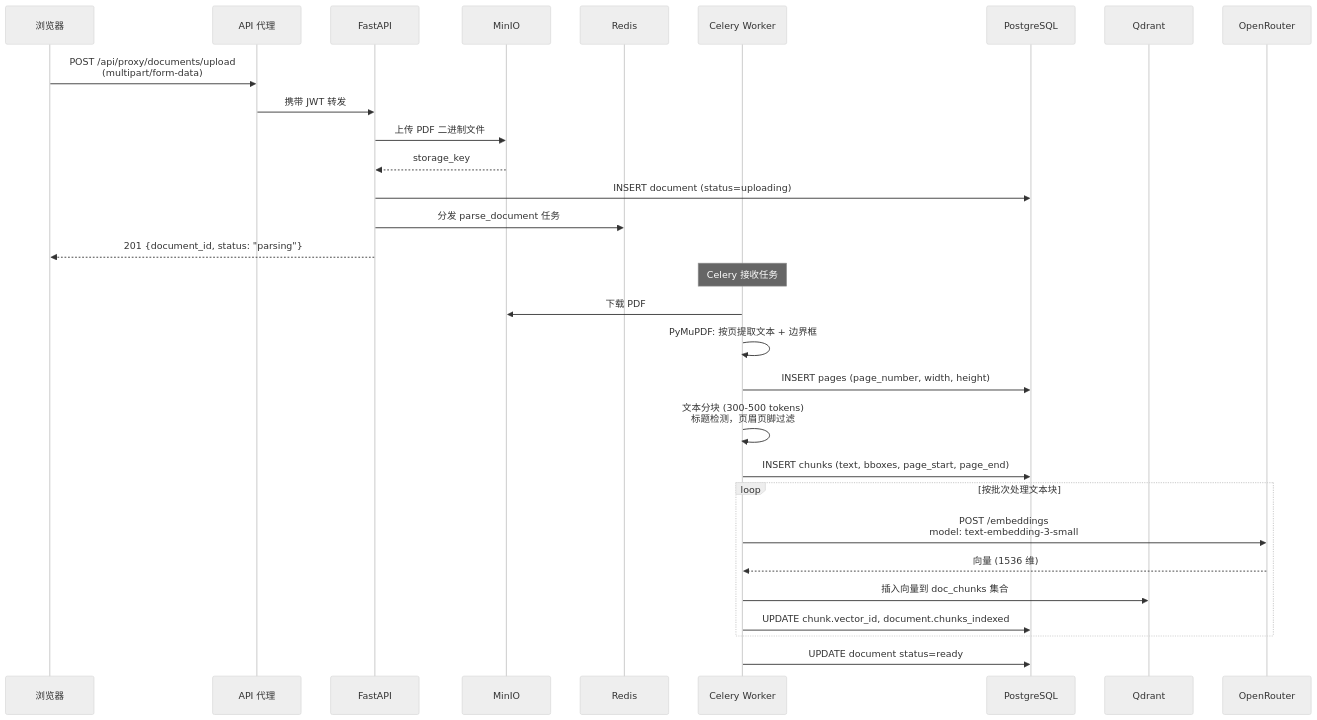
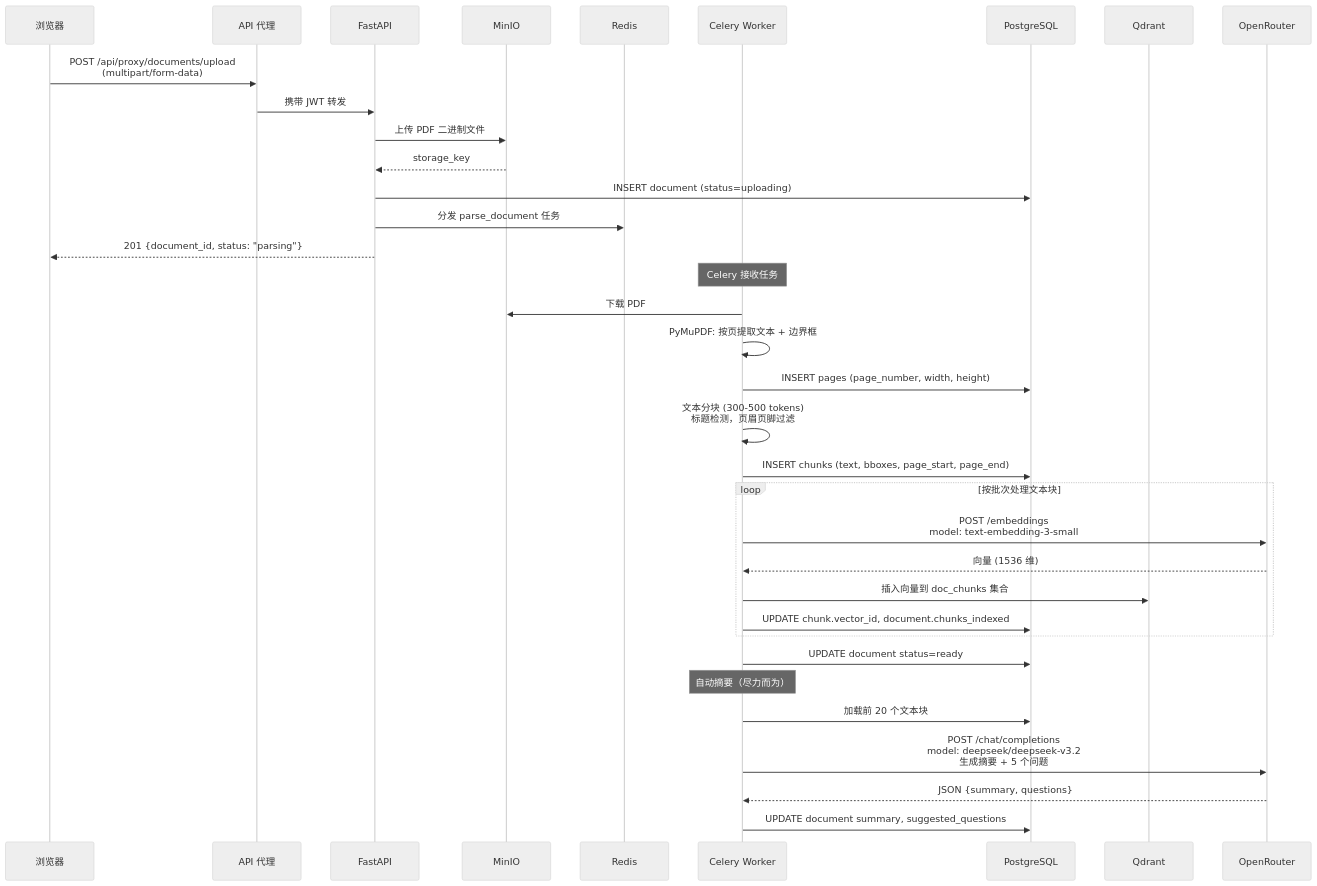
Before and after one commit to Rswcf/DocTalk: the second of 8 diagrams in docs/ARCHITECTURE.zh.md, drawn with Mermaid (neutral theme). The commit also changed other lines of this file and 4 other files, not shown here.

````diff
--- a/docs/ARCHITECTURE.zh.md
+++ b/docs/ARCHITECTURE.zh.md
@@ -82,36 +82,42 @@
 ```mermaid
 sequenceDiagram
     participant B as 浏览器
     participant P as API 代理
     participant API as FastAPI
     participant S3 as MinIO
     participant R as Redis
     participant W as Celery Worker
     participant DB as PostgreSQL
     participant Q as Qdrant
     participant OR as OpenRouter
 
     B->>P: POST /api/proxy/documents/upload<br/>(multipart/form-data)
     P->>API: 携带 JWT 转发
     API->>S3: 上传 PDF 二进制文件
     S3-->>API: storage_key
     API->>DB: INSERT document (status=uploading)
     API->>R: 分发 parse_document 任务
     API-->>B: 201 {document_id, status: "parsing"}
 
     Note over W: Celery 接收任务
     W->>S3: 下载 PDF
     W->>W: PyMuPDF: 按页提取文本 + 边界框
     W->>DB: INSERT pages (page_number, width, height)
     W->>W: 文本分块 (300-500 tokens)<br/>标题检测，页眉页脚过滤
     W->>DB: INSERT chunks (text, bboxes, page_start, page_end)
 
     loop 按批次处理文本块
         W->>OR: POST /embeddings<br/>model: text-embedding-3-small
         OR-->>W: 向量 (1536 维)
         W->>Q: 插入向量到 doc_chunks 集合
         W->>DB: UPDATE chunk.vector_id, document.chunks_indexed
     end
 
     W->>DB: UPDATE document status=ready
+
+    Note over W: 自动摘要（尽力而为）
+    W->>DB: 加载前 20 个文本块
+    W->>OR: POST /chat/completions<br/>model: deepseek/deepseek-v3.2<br/>生成摘要 + 5 个问题
+    OR-->>W: JSON {summary, questions}
+    W->>DB: UPDATE document summary, suggested_questions
 ```
````
